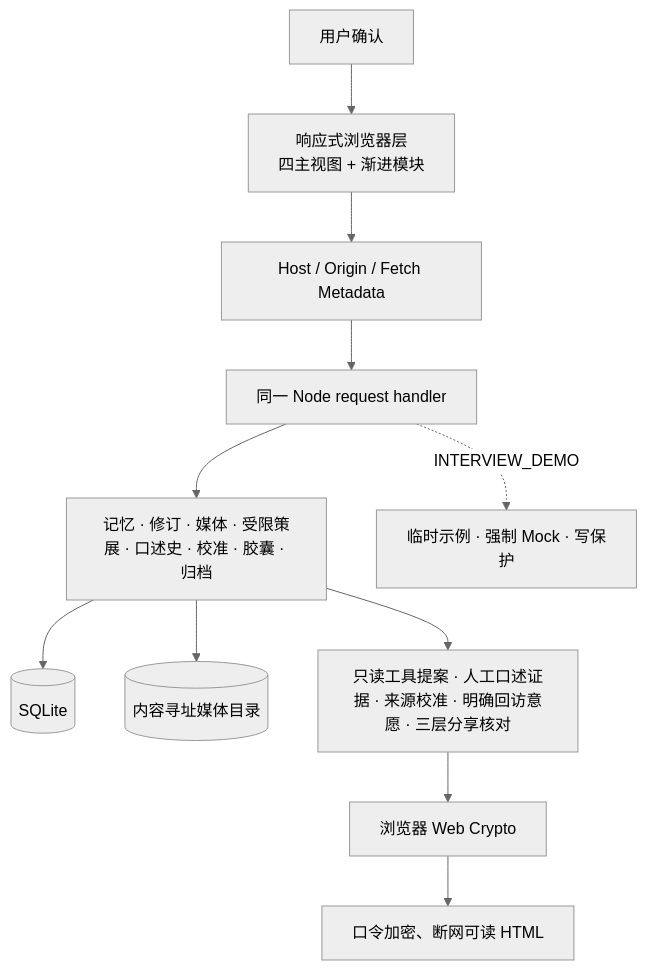
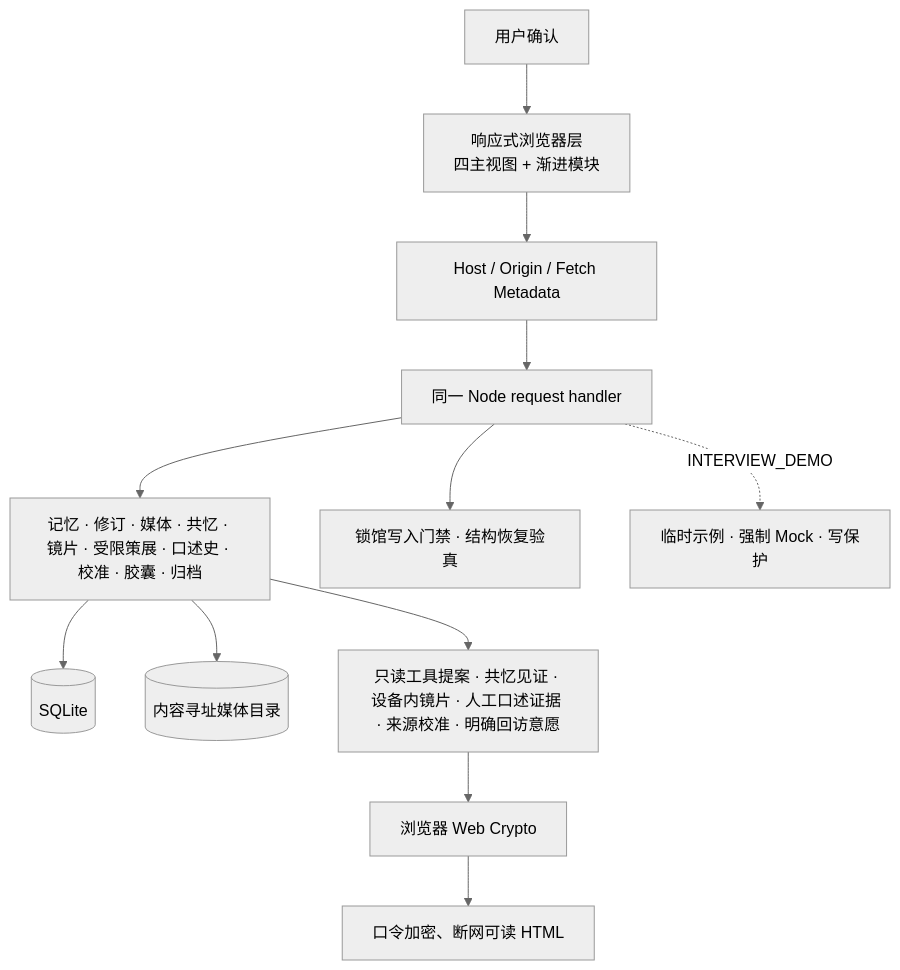
The diagram in README.md (JieE-212/AI_memory_museum), drawn with Mermaid (neutral theme) before and after one commit. The commit also changed other lines of this file and 5 other files, not shown here.

````diff
--- a/README.md
+++ b/README.md
@@ -56,13 +63,14 @@
 ```mermaid
 flowchart TB
   U["用户确认"] --> B["响应式浏览器层<br/>四主视图 + 渐进模块"]
   B --> S["Host / Origin / Fetch Metadata"]
   S --> H["同一 Node request handler"]
-  H --> D["记忆 · 修订 · 媒体 · 受限策展 · 口述史 · 校准 · 胶囊 · 归档"]
+  H --> D["记忆 · 修订 · 媒体 · 共忆 · 镜片 · 受限策展 · 口述史 · 校准 · 胶囊 · 归档"]
   D --> DB[("SQLite")]
   D --> FS[("内容寻址媒体目录")]
-  D --> G["只读工具提案 · 人工口述证据 · 来源校准 · 明确回访意愿 · 三层分享核对"]
+  D --> G["只读工具提案 · 共忆见证 · 设备内镜片 · 人工口述证据 · 来源校准 · 明确回访意愿"]
   G --> C["浏览器 Web Crypto"]
   C --> O["口令加密、断网可读 HTML"]
+  H --> L["锁馆写入门禁 · 结构恢复验真"]
   H -. "INTERVIEW_DEMO" .-> X["临时示例 · 强制 Mock · 写保护"]
 ```
````
